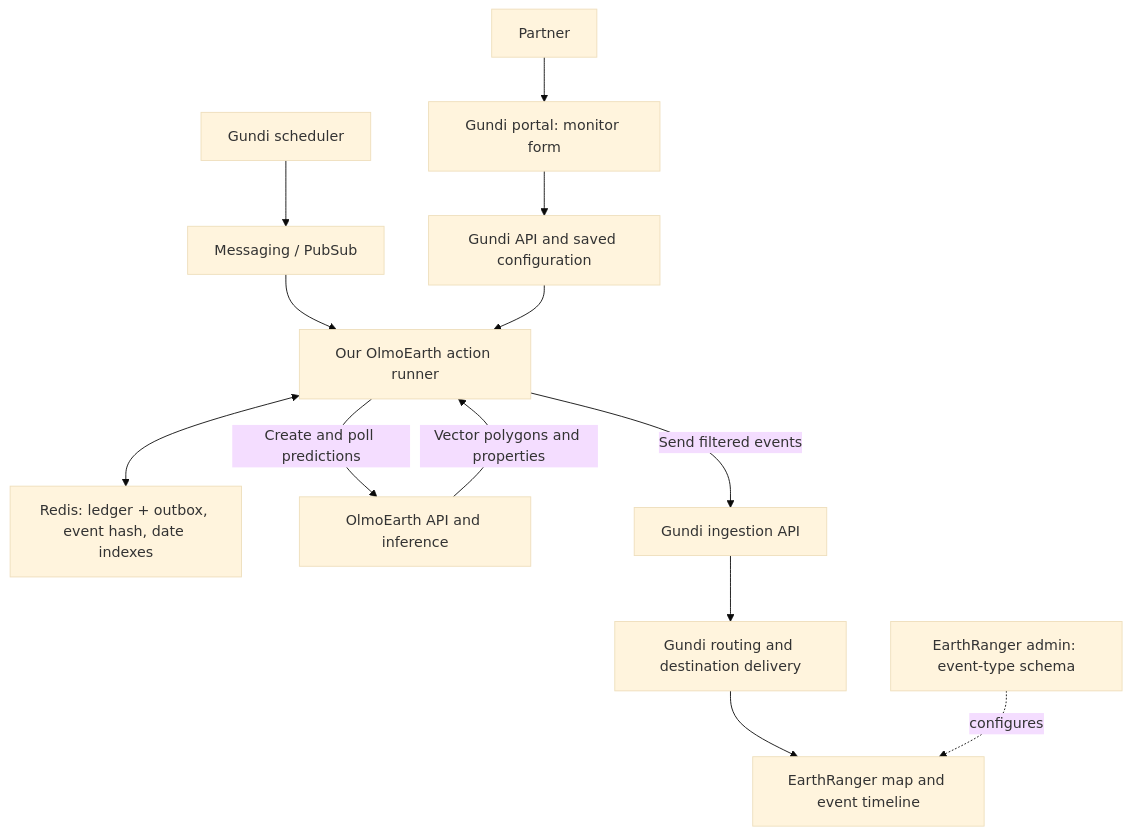
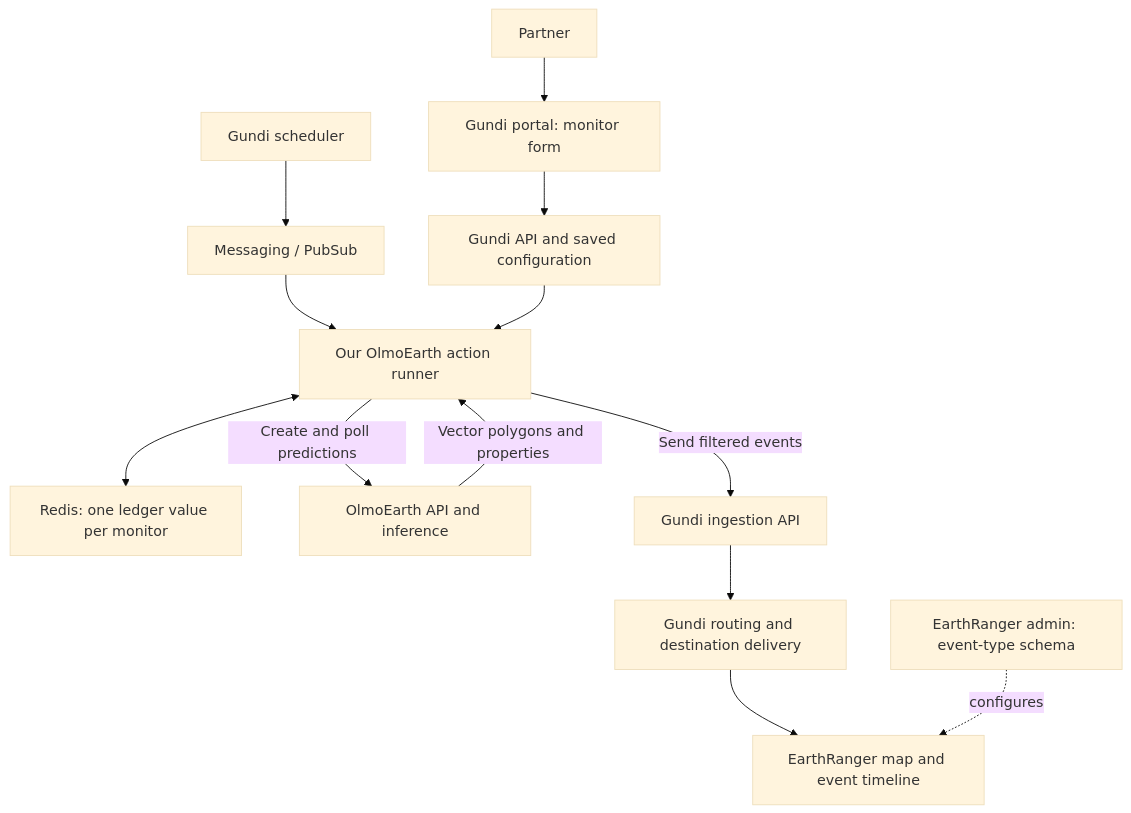
The first of 3 diagrams in docs/gundi-earthranger-workflow.md (PADAS/gundi-integration-olmoearth), drawn with Mermaid (base theme) before and after one commit. The commit also changed other lines of this file and 14 other files, not shown here.

First line of the commit message:
Cut over-architecture from the LCC monitor

````diff
--- a/docs/gundi-earthranger-workflow.md
+++ b/docs/gundi-earthranger-workflow.md
@@ -22,15 +22,15 @@
 ```mermaid
 flowchart TD
     Partner[Partner] --> Portal[Gundi portal: monitor form]
     Portal --> Config[Gundi API and saved configuration]
     Scheduler[Gundi scheduler] --> Messages[Messaging / PubSub]
     Messages --> Runner[Our OlmoEarth action runner]
     Config --> Runner
-    Runner <--> Redis[Redis: ledger + outbox, event hash, date indexes]
+    Runner <--> Redis[Redis: one ledger value per monitor]
     Runner -->|Create and poll predictions| OE[OlmoEarth API and inference]
     OE -->|Vector polygons and properties| Runner
     Runner -->|Send filtered events| Ingest[Gundi ingestion API]
     Ingest --> Route[Gundi routing and destination delivery]
     Route --> ER[EarthRanger map and event timeline]
     Admin[EarthRanger admin: event-type schema] -. configures .-> ER
 ```
````
